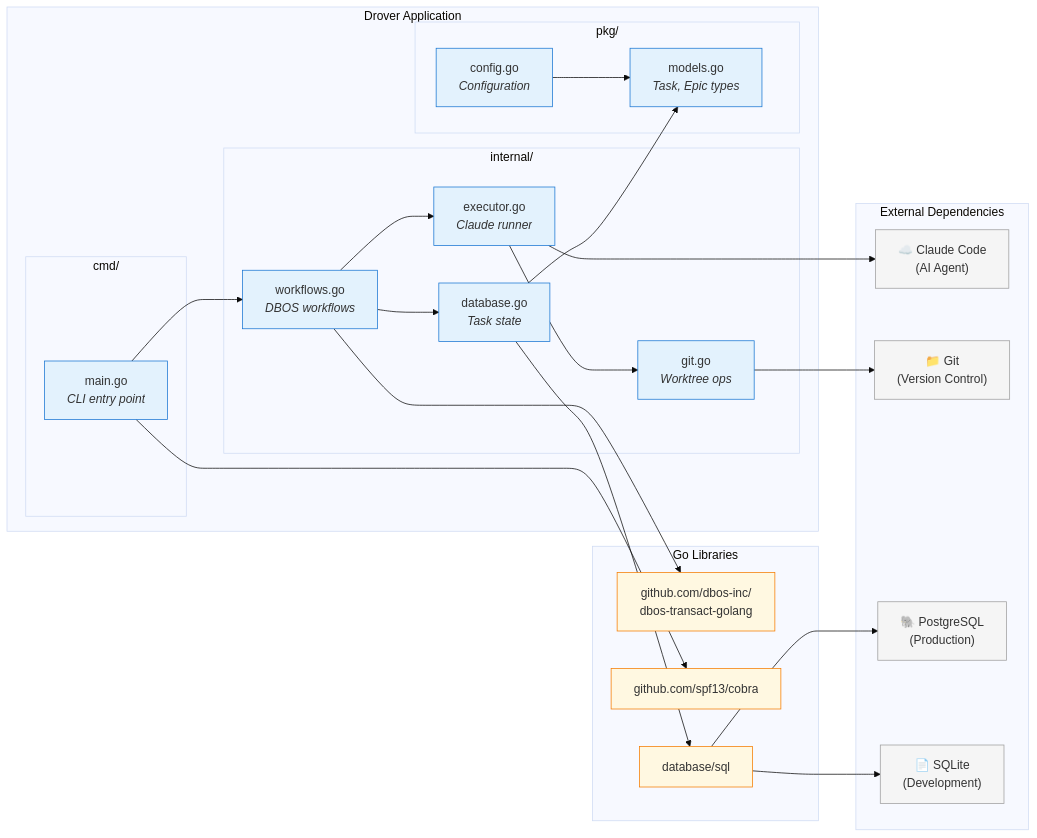
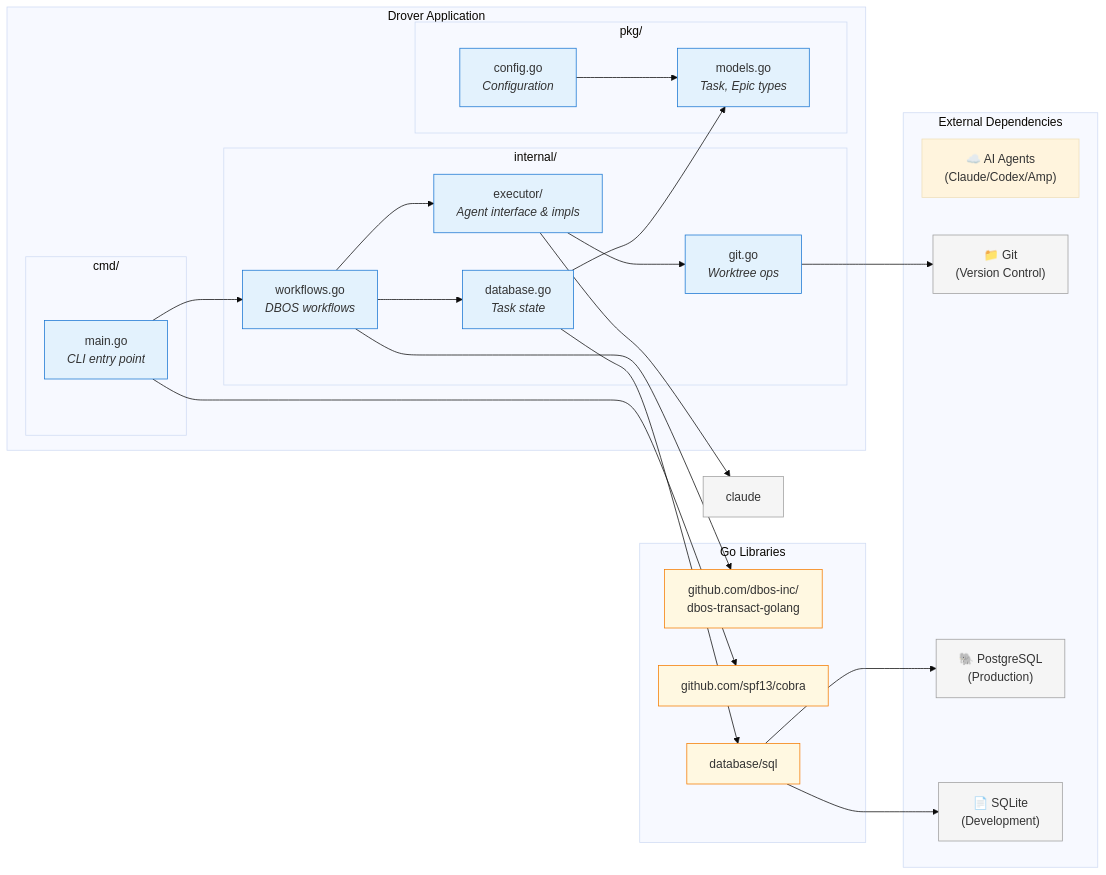
The second of 2 diagrams in design/architecture.md (paulmilbank/drover), drawn with Mermaid (base theme) before and after one commit. The commit also changed other lines of this file and 4 other files, not shown here.

````diff
--- a/design/architecture.md
+++ b/design/architecture.md
@@ -129,55 +129,55 @@
 ```mermaid
 graph LR
     subgraph External["External Dependencies"]
-        claude["☁️ Claude Code<br/>(AI Agent)"]
+        agents["☁️ AI Agents<br/>(Claude/Codex/Amp)"]
         git["📁 Git<br/>(Version Control)"]
         pg["🐘 PostgreSQL<br/>(Production)"]
         sqlite["📄 SQLite<br/>(Development)"]
     end
 
     subgraph Drover["Drover Application"]
         subgraph cmd["cmd/"]
             main_go["main.go<br/><i>CLI entry point</i>"]
         end
 
         subgraph internal["internal/"]
             workflows["workflows.go<br/><i>DBOS workflows</i>"]
             database["database.go<br/><i>Task state</i>"]
-            executor["executor.go<br/><i>Claude runner</i>"]
+            executor["executor/<br/><i>Agent interface & impls</i>"]
             gitops["git.go<br/><i>Worktree ops</i>"]
         end
 
         subgraph pkg["pkg/"]
             models["models.go<br/><i>Task, Epic types</i>"]
             config["config.go<br/><i>Configuration</i>"]
         end
     end
 
     subgraph Libraries["Go Libraries"]
         dbos["github.com/dbos-inc/<br/>dbos-transact-golang"]
         cobra["github.com/spf13/cobra"]
         sqlx["database/sql"]
     end
 
     main_go --> cobra
     main_go --> workflows
     workflows --> dbos
     workflows --> database
     workflows --> executor
     database --> sqlx
     database --> models
     executor --> gitops
     executor --> claude
     gitops --> git
     sqlx --> pg
     sqlx --> sqlite
     config --> models
 
     classDef external fill:#f5f5f5,stroke:#9e9e9e
     classDef app fill:#e3f2fd,stroke:#1976d2
     classDef lib fill:#fff8e1,stroke:#f57c00
 
     class claude,git,pg,sqlite external
     class main_go,workflows,database,executor,gitops,models,config app
     class dbos,cobra,sqlx lib
 ```
````
